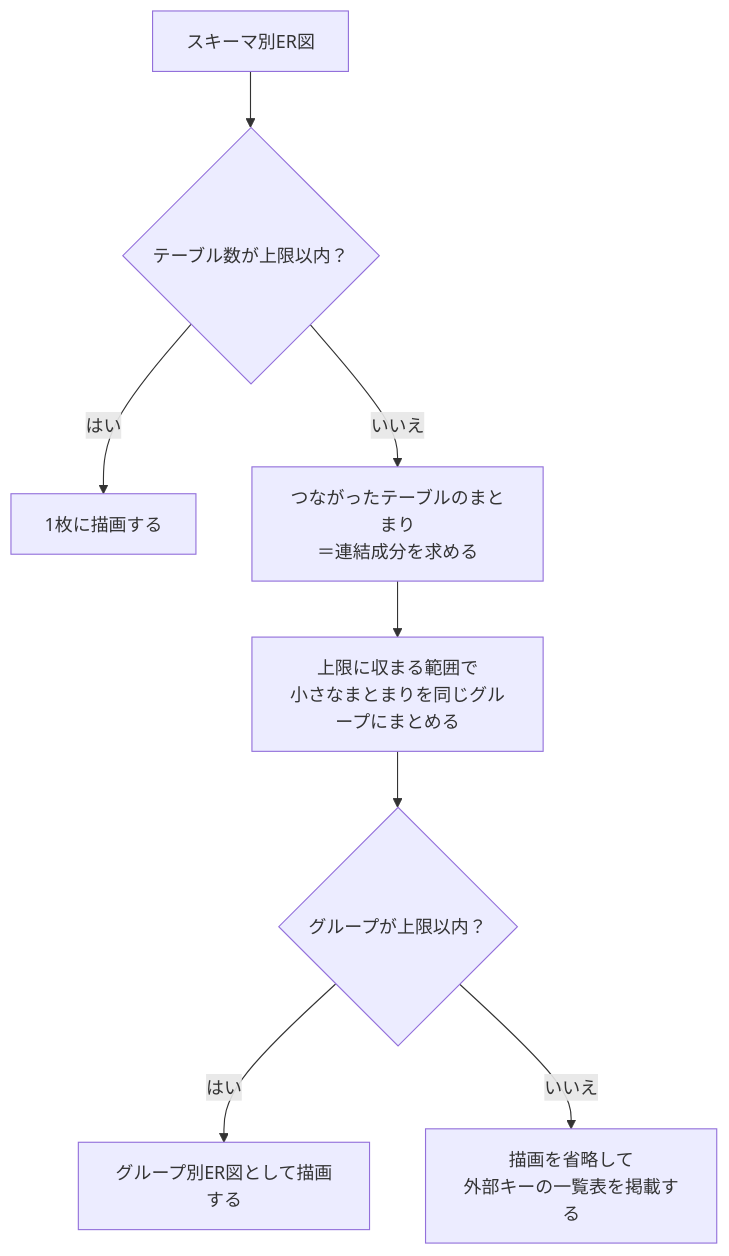
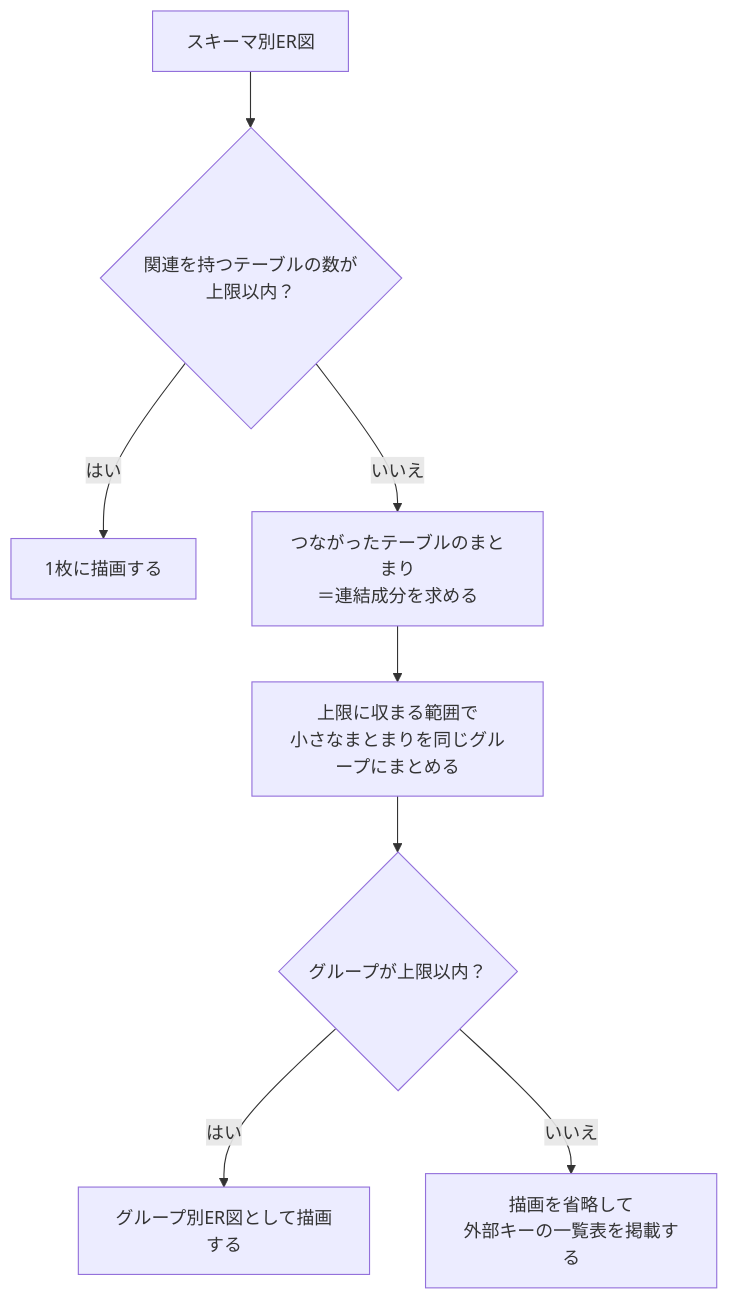
One commit to ebichan88/qiita-ebichan88 changed the second of 3 diagrams in public/dbxray.md. Above: the diagram before and after it, drawn with Mermaid. The commit also changed other lines of this file, not shown here.

````diff
--- a/public/dbxray.md
+++ b/public/dbxray.md
@@ -338,10 +343,10 @@
 ```mermaid
 flowchart TD
-    A[スキーマ別ER図] --> B{テーブル数が上限以内？}
+    A[スキーマ別ER図] --> B{関連を持つテーブルの数が<br>上限以内？}
     B -->|はい| C[1枚に描画する]
     B -->|いいえ| D[つながったテーブルのまとまり<br>＝連結成分を求める]
     D --> E[上限に収まる範囲で<br>小さなまとまりを同じグループにまとめる]
     E --> F{グループが上限以内？}
     F -->|はい| G[グループ別ER図として描画する]
     F -->|いいえ| H[描画を省略して<br>外部キーの一覧表を掲載する]
 ```
````
